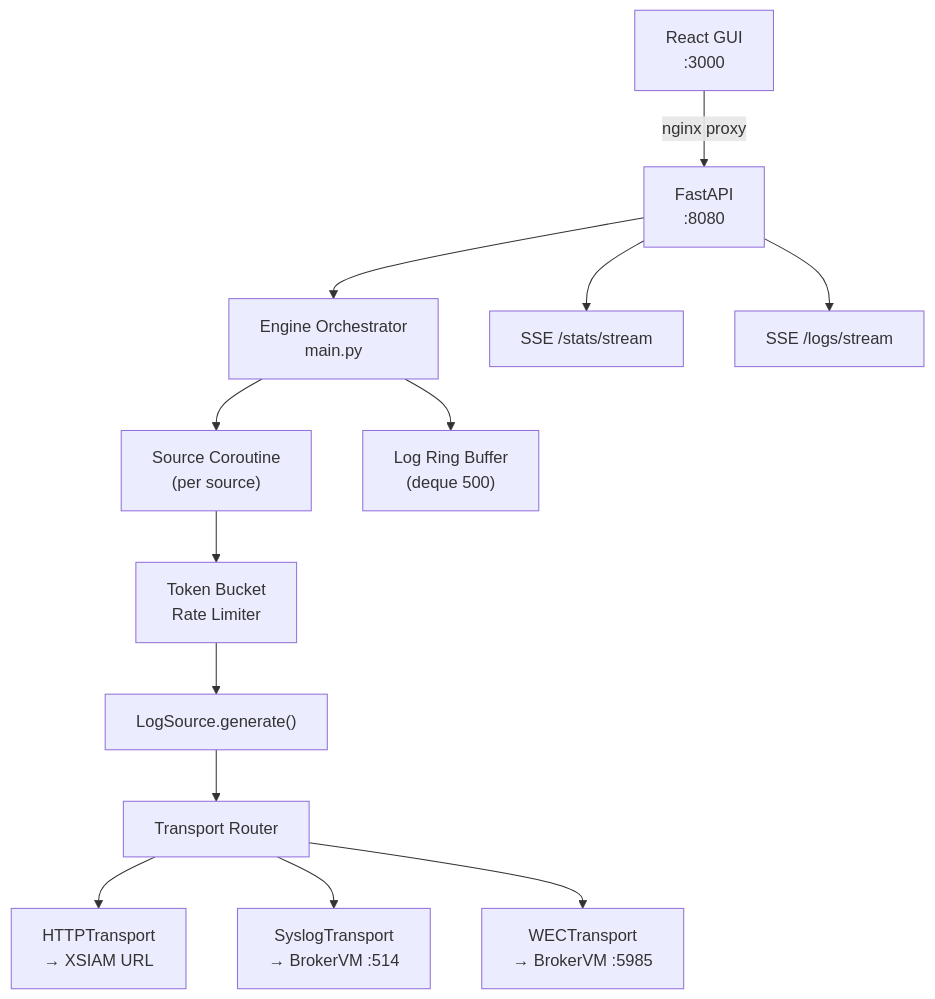
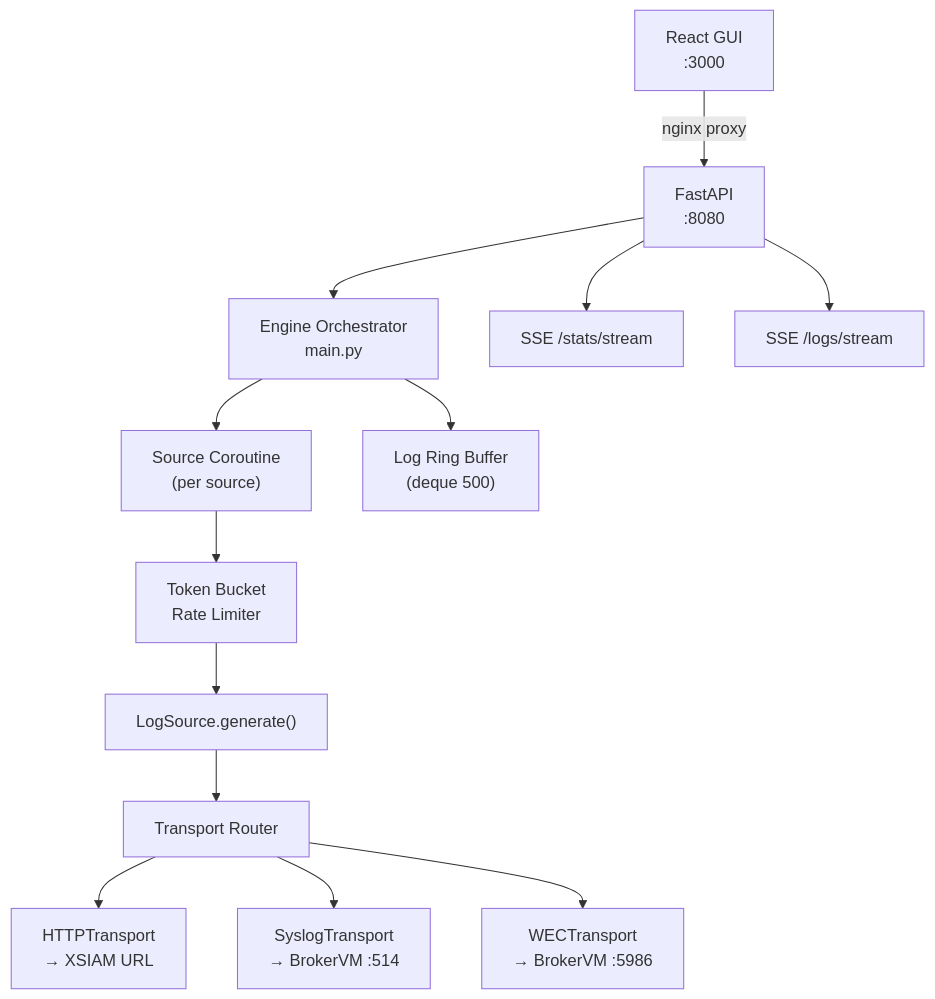
Before and after one commit to jhueby/xsiam-log-engine: the diagram in docs/architecture.md, drawn with Mermaid. The commit also changed other lines of this file and 26 other files, not shown here.

````diff
--- a/docs/architecture.md
+++ b/docs/architecture.md
@@ -22,15 +28,15 @@
 ```mermaid
 graph TB
     GUI["React GUI\n:3000"] -->|nginx proxy| API["FastAPI\n:8080"]
     API --> Engine["Engine Orchestrator\nmain.py"]
     Engine --> S1["Source Coroutine\n(per source)"]
     S1 --> TB["Token Bucket\nRate Limiter"]
     TB --> GEN["LogSource.generate()"]
     GEN --> XPORT["Transport Router"]
     XPORT --> HTTP["HTTPTransport\n→ XSIAM URL"]
     XPORT --> SYSLOG["SyslogTransport\n→ BrokerVM :514"]
-    XPORT --> WEC["WECTransport\n→ BrokerVM :5985"]
+    XPORT --> WEC["WECTransport\n→ BrokerVM :5986"]
     Engine --> RING["Log Ring Buffer\n(deque 500)"]
     API --> SSE1["SSE /stats/stream"]
     API --> SSE2["SSE /logs/stream"]
 ```
````
